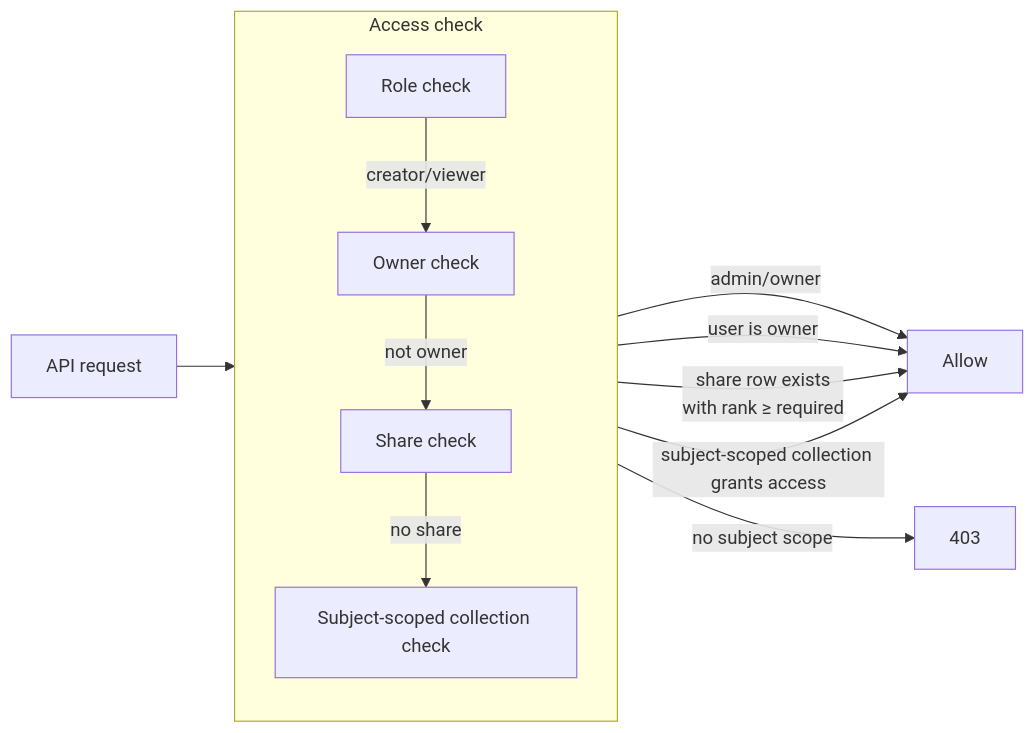
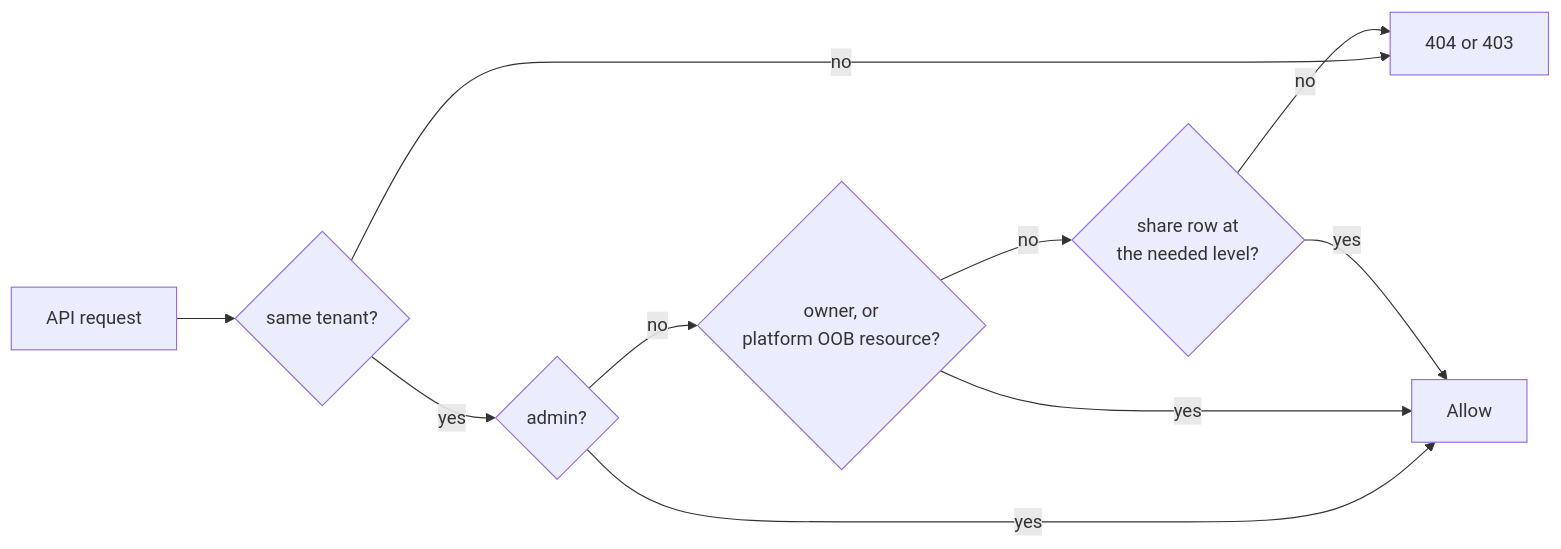
The fourth of 4 diagrams in apps/web/public/dev-docs/01-architecture/01-tenants-rbac.md (sarkar4777/abenix), drawn with Mermaid before and after one commit. The commit also changed other lines of this file and 623 other files, not shown here.

````diff
--- a/apps/web/public/dev-docs/01-architecture/01-tenants-rbac.md
+++ b/apps/web/public/dev-docs/01-architecture/01-tenants-rbac.md
@@ -294,20 +269,12 @@
 ```mermaid
 flowchart LR
-  subgraph C["Access check"]
-    direction TB
-    R[Role check]
-    OS[Owner check]
-    SC[Share check]
-    SUB[Subject-scoped collection check]
-  end
-
-  Req[API request] --> R
-  R -->|admin/owner| Allow
-  R -->|creator/viewer| OS
-  OS -->|user is owner| Allow
-  OS -->|not owner| SC
-  SC -->|share row exists<br/>with rank ≥ required| Allow
-  SC -->|no share| SUB
-  SUB -->|subject-scoped collection grants access| Allow
-  SUB -->|no subject scope| Deny[403]
+  Req[API request] --> T{same tenant?}
+  T -->|no| Deny[404 or 403]
+  T -->|yes| A{admin?}
+  A -->|yes| Allow
+  A -->|no| O{owner, or<br/>platform OOB resource?}
+  O -->|yes| Allow
+  O -->|no| S{share row at<br/>the needed level?}
+  S -->|yes| Allow
+  S -->|no| Deny
 ```
````
